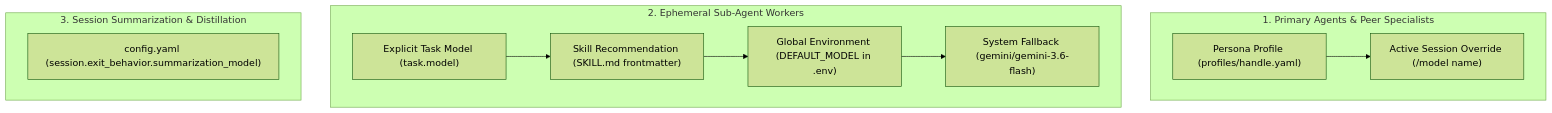
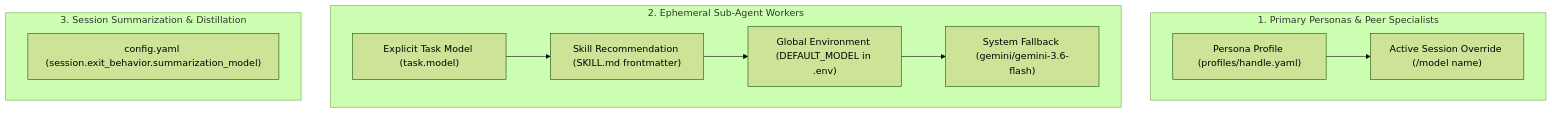
The diagram in docs/wiki/guides/configuration.md (studiodamiro/sympose), drawn with Mermaid (forest theme) before and after one commit. The commit also changed other lines of this file and 30 other files, not shown here.

````diff
--- a/docs/wiki/guides/configuration.md
+++ b/docs/wiki/guides/configuration.md
@@ -95,14 +95,14 @@
 ```mermaid
 flowchart TD
-    subgraph Execution["1. Primary Agents & Peer Specialists"]
+    subgraph Execution["1. Primary Personas & Peer Specialists"]
         A["Persona Profile (profiles/handle.yaml)"] --> B["Active Session Override (/model name)"]
     end
     subgraph Worker["2. Ephemeral Sub-Agent Workers"]
         C["Explicit Task Model (task.model)"] --> D["Skill Recommendation (SKILL.md frontmatter)"]
         D --> E["Global Environment (DEFAULT_MODEL in .env)"]
         E --> F["System Fallback (gemini/gemini-3.6-flash)"]
     end
     subgraph Archival["3. Session Summarization & Distillation"]
         G["config.yaml (session.exit_behavior.summarization_model)"]
     end
 ```
````
